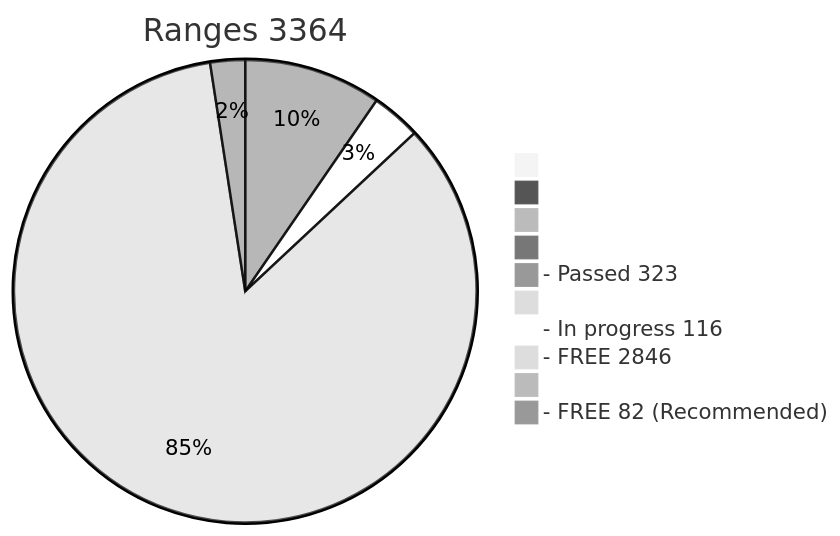
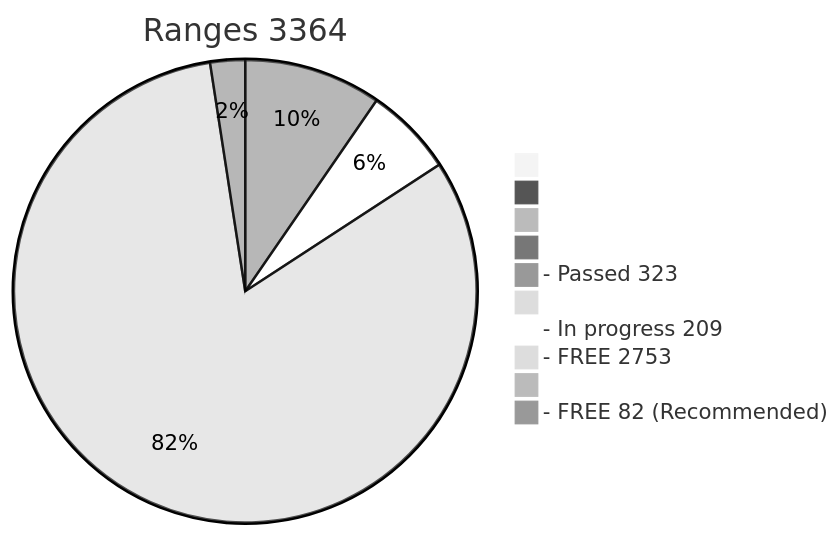
Before and after one commit to phrutis/wif500: the diagram in x64/Release/table.md, drawn with Mermaid (neutral theme). The commit also changed other lines of this file, not shown here.

````diff
--- a/x64/Release/table.md
+++ b/x64/Release/table.md
@@ -2,13 +2,13 @@
 ```mermaid
 pie title Ranges 3364
   " " : 0
   "  " : 0
   "   " : 0
   "    " : 0
   "- Passed 323" : 323
   "     " : 0
-  "- In progress 116" : 116
-  "- FREE 2846" : 2846
+  "- In progress 209" : 209
+  "- FREE 2753" : 2753
   "      " : 0
   "- FREE 82 (Recommended)" : 82
 ```
````
